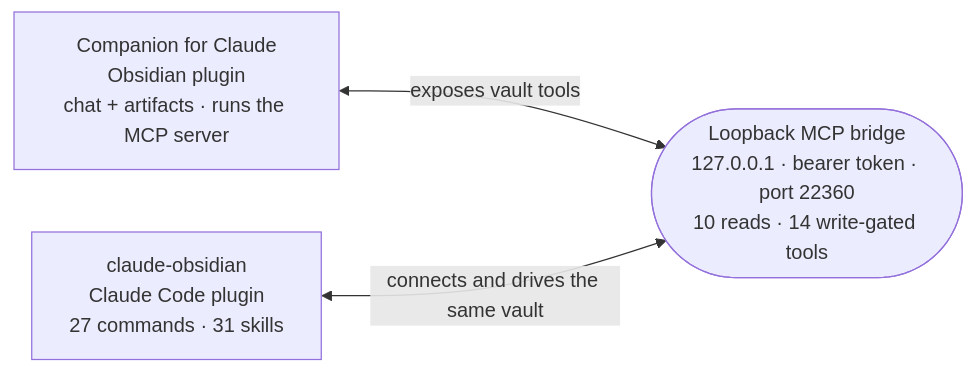
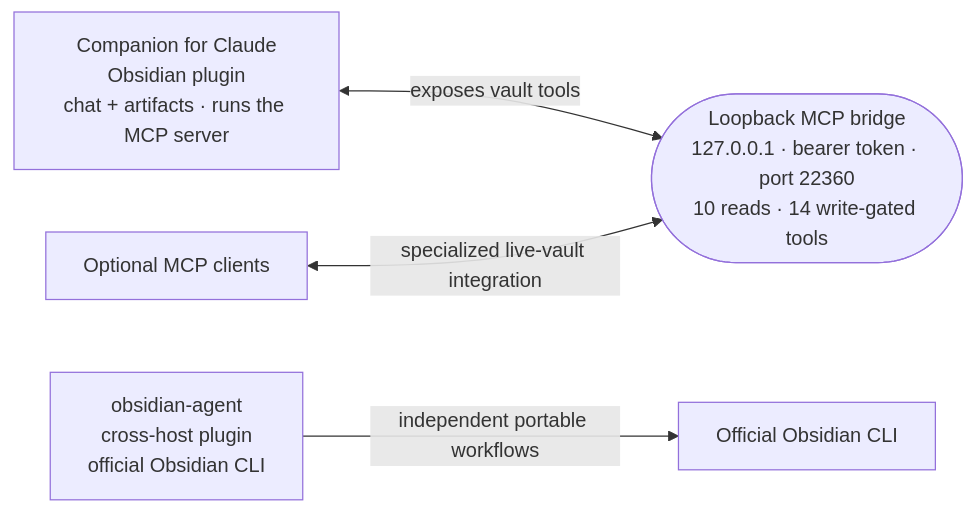
Before and after one commit to cavi-ai/claude-obsidian: the diagram in README.md, drawn with Mermaid. The commit also changed other lines of this file and 14 other files, not shown here.

Commit message:
docs: align Companion with obsidian-agent

````diff
--- a/README.md
+++ b/README.md
@@ -108,9 +109,11 @@
 ```mermaid
 flowchart LR
     companion["Companion for Claude<br/>Obsidian plugin<br/>chat + artifacts · runs the MCP server"]
     bridge(["Loopback MCP bridge<br/>127.0.0.1 · bearer token · port 22360<br/>10 reads · 14 write-gated tools"])
-    code["claude-obsidian<br/>Claude Code plugin<br/>27 commands · 31 skills"]
+    agent["obsidian-agent<br/>cross-host plugin<br/>official Obsidian CLI"]
+    client["Optional MCP clients"]
 
     companion <-->|"exposes vault tools"| bridge
-    code <-->|"connects and drives the same vault"| bridge
+    client <-->|"specialized live-vault integration"| bridge
+    agent -->|"independent portable workflows"| cli["Official Obsidian CLI"]
 ```
````
